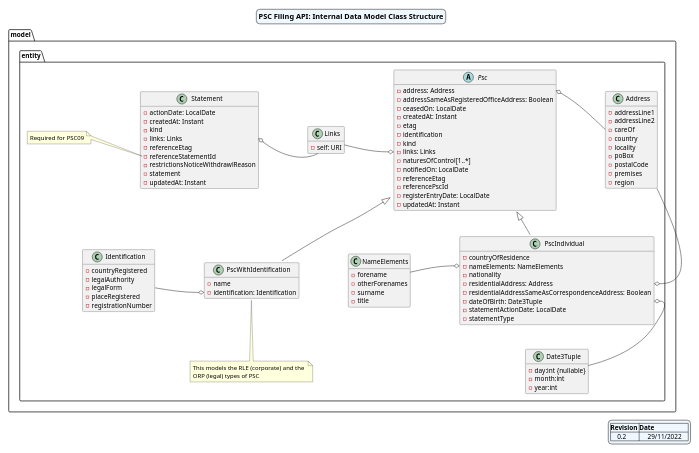
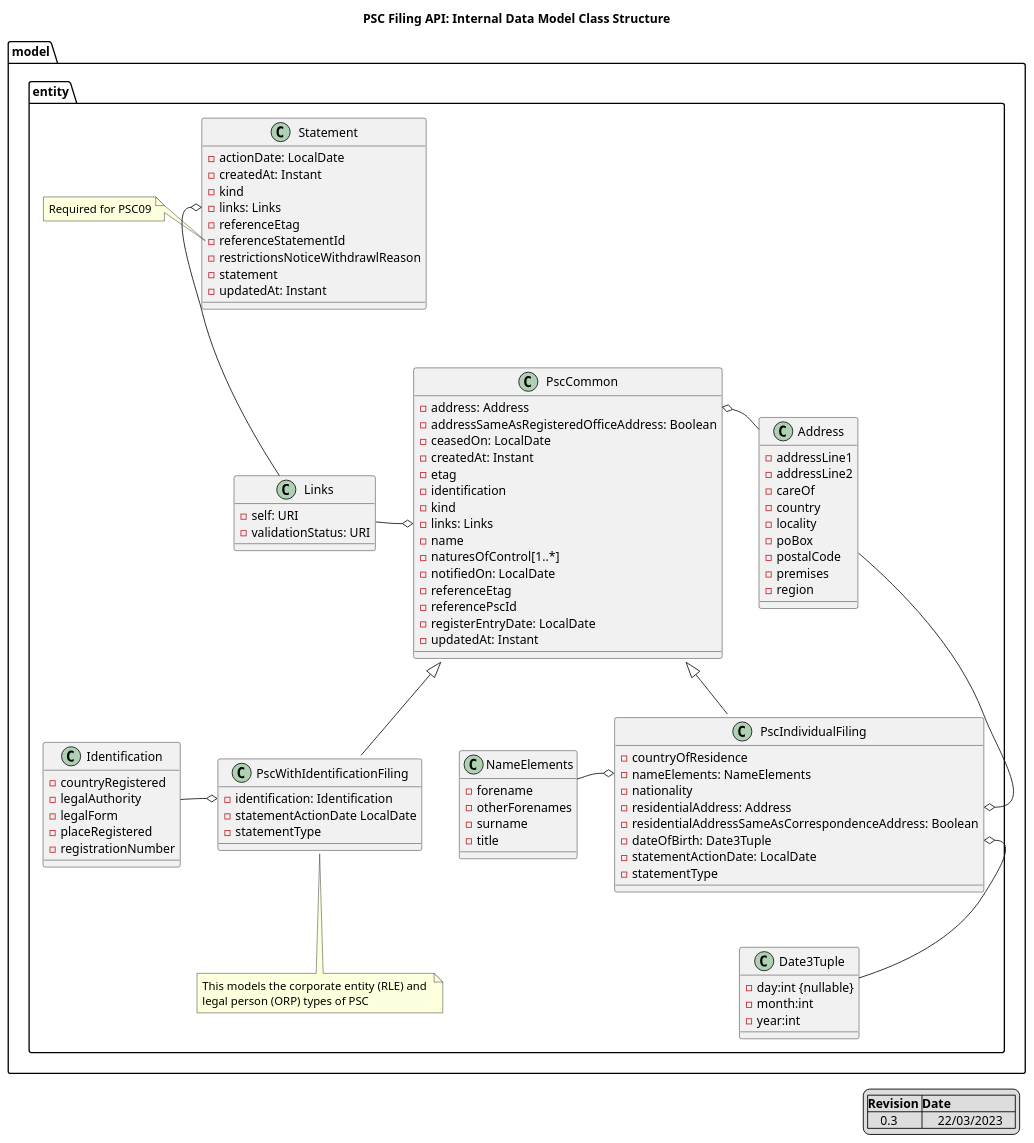
Before and after one commit to companieshouse/psc-filing-api: the diagram in docs/Internal Data Model of PSC Classes.puml, drawn with PlantUML. The commit also changed 1 other file, not shown here.

Commit message:
Removed high level class diagram and latest internal data model
PSC-162

```diff
--- a/docs/Internal Data Model of PSC Classes.puml
+++ b/docs/Internal Data Model of PSC Classes.puml
@@ -1,131 +1,119 @@
 @startuml
-skinparam linetype poly
-skinparam nodesep 100 /' horizontal separator '/
-skinparam ranksep 50 /' vertical separator '/
-skinparam titleBorderRoundCorner 15
-skinparam titleBorderThickness 1
-skinparam titleBorderColor black
-skinparam titleBackgroundColor AliceBlue
-skinparam groupInheritance 1
-scale 800 width
-hide empty members
-'hide circle'
-skinparam titleFontSize 16
-skinparam legendBackgroundColor AliceBlue
 
 title PSC Filing API: Internal Data Model Class Structure
+
+'skinparam style strictuml
+
 legend right
 |=Revision |=Date |
-|    0.2    |     29/11/2022    |
+|    0.3    |     22/03/2023    |
 end legend
 
     package "model" {
 
         package "entity" {
+
+           class PscCommon {
+             -address: Address
+             -addressSameAsRegisteredOfficeAddress: Boolean
+             -ceasedOn: LocalDate
+             -createdAt: Instant
+             -etag
+             -identification
+             -kind
+             -links: Links
+             -name
+             -naturesOfControl[1..*]
+             -notifiedOn: LocalDate
+             -referenceEtag
+             -referencePscId
+             -registerEntryDate: LocalDate
+             -updatedAt: Instant
+           }
+
+           class PscWithIdentificationFiling extends PscCommon {
+             -identification: Identification
+             -statementActionDate LocalDate
+             -statementType
+           }
+
+           note "This models the corporate entity (RLE) and \nlegal person (ORP) types of PSC" as Note1
+           PscWithIdentificationFiling .. Note1
+
+           class PscIndividualFiling extends PscCommon {
+                -countryOfResidence
+                -nameElements: NameElements
+                -nationality
+                -residentialAddress: Address
+                -residentialAddressSameAsCorrespondenceAddress: Boolean
+                -dateOfBirth: Date3Tuple
+                -statementActionDate: LocalDate
+                -statementType
+           }
 
             class Address {
                 -addressLine1
                 -addressLine2
                 -careOf
                 -country
                 -locality
                 -poBox
                 -postalCode
                 -premises
                 -region
             }
-
+    
             class Date3Tuple {
                 -day:int {nullable}
                 -month:int
                 -year:int
             }
-/'            note right of Date3Tuple
-               day is null
-               for partial DOB
-            end note'/
 
             class Identification {
                 -countryRegistered
                 -legalAuthority
                 -legalForm
                 -placeRegistered
                 -registrationNumber
             }
-
+   
             class NameElements {
                 -forename
                 -otherForenames
                 -surname
                 -title
             }
-
+   
             class Statement {
                 -actionDate: LocalDate
                 -createdAt: Instant
                 -kind
                 -links: Links
                 -referenceEtag
                 -referenceStatementId
                 -restrictionsNoticeWithdrawlReason
                 -statement
                 -updatedAt: Instant
             }
 
-          note left of Statement::referenceStatementId
+            class Links {
+                -self: URI
+                -validationStatus: URI
+            }
+
+         note left of Statement::referenceStatementId
                 Required for PSC09
            end note
 
-            abstract class Psc {
-                -address: Address
-                -addressSameAsRegisteredOfficeAddress: Boolean
-                -ceasedOn: LocalDate
-                -createdAt: Instant
-                -etag
-                -identification
-                -kind
-                -links: Links
-                -naturesOfControl[1..*]
-                -notifiedOn: LocalDate
-                -referenceEtag
-                -referencePscId
-                -registerEntryDate: LocalDate
-                -updatedAt: Instant
-            }
+            NameElements -o PscIndividualFiling::nameElements
+            Identification -o PscWithIdentificationFiling::identification
+            PscCommon::address o- Address
+            Links -o PscCommon::links
+            Address --o PscIndividualFiling::residentialAddress
+            PscIndividualFiling::dateOfBirth o-- Date3Tuple
+            Statement::links o-- Links
 
-            class PscWithIdentification {
-                -name
-                -identification: Identification
-            }
-          note "This models the RLE (corporate) and the \nORP (legal) types of PSC" as Note1
-          PscWithIdentification .. Note1
-
-            class PscIndividual {
-                -countryOfResidence
-                -nameElements: NameElements
-                -nationality
-                -residentialAddress: Address
-                -residentialAddressSameAsCorrespondenceAddress: Boolean
-                -dateOfBirth: Date3Tuple
-                -statementActionDate: LocalDate
-                -statementType
-            }
-
-            class Links {
-                -self: URI
-            }
-
-            Psc <|-- PscWithIdentification
-            Psc <|-- PscIndividual
-            NameElements -o PscIndividual::nameElements
-            Identification -o PscWithIdentification::identification
-            Psc::address o- Address
-            Address --o PscIndividual::residentialAddress
-            PscIndividual::dateOfBirth o-- Date3Tuple
-            Links -o Psc::links
-            Statement::links o- Links
-
-        }
+           }
     }
 
 @enduml
```
